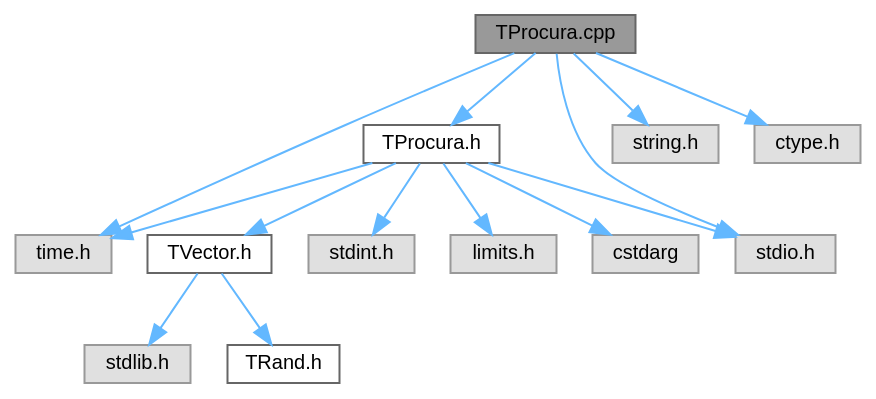
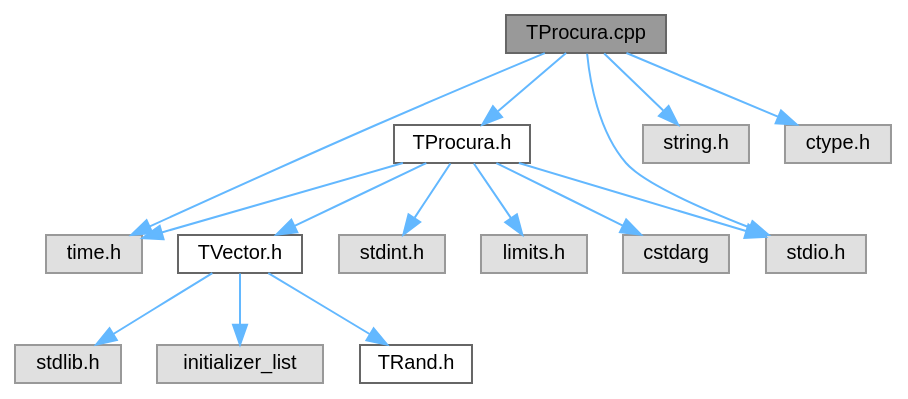
Before and after one commit to jcoelho72/TProcura: the diagram in TProcura_8cpp__incl.dot, drawn with Graphviz. The commit also changed 220 other files, not shown here.

```diff
--- a/TProcura_8cpp__incl.dot
+++ b/TProcura_8cpp__incl.dot
@@ -1,32 +1,34 @@
 digraph "TProcura.cpp"
 {
  // LATEX_PDF_SIZE
   bgcolor="transparent";
   edge [fontname=Helvetica,fontsize=10,labelfontname=Helvetica,labelfontsize=10];
   node [fontname=Helvetica,fontsize=10,shape=box,height=0.2,width=0.4];
   Node1 [id="Node000001",label="TProcura.cpp",height=0.2,width=0.4,color="gray40", fillcolor="grey60", style="filled", fontcolor="black",tooltip=" "];
-  Node1 -> Node2 [id="edge14_Node000001_Node000002",color="steelblue1",style="solid",tooltip=" "];
+  Node1 -> Node2 [id="edge15_Node000001_Node000002",color="steelblue1",style="solid",tooltip=" "];
   Node2 [id="Node000002",label="TProcura.h",height=0.2,width=0.4,color="grey40", fillcolor="white", style="filled",URL="$TProcura_8h.html",tooltip=" "];
-  Node2 -> Node3 [id="edge15_Node000002_Node000003",color="steelblue1",style="solid",tooltip=" "];
+  Node2 -> Node3 [id="edge16_Node000002_Node000003",color="steelblue1",style="solid",tooltip=" "];
   Node3 [id="Node000003",label="TVector.h",height=0.2,width=0.4,color="grey40", fillcolor="white", style="filled",URL="$TVector_8h.html",tooltip="Vetor dinâmico genérico com operações de pilha, conjuntos e algoritmos úteis."];
-  Node3 -> Node4 [id="edge16_Node000003_Node000004",color="steelblue1",style="solid",tooltip=" "];
+  Node3 -> Node4 [id="edge17_Node000003_Node000004",color="steelblue1",style="solid",tooltip=" "];
   Node4 [id="Node000004",label="stdlib.h",height=0.2,width=0.4,color="grey60", fillcolor="#E0E0E0", style="filled",tooltip=" "];
-  Node3 -> Node5 [id="edge17_Node000003_Node000005",color="steelblue1",style="solid",tooltip=" "];
-  Node5 [id="Node000005",label="TRand.h",height=0.2,width=0.4,color="grey40", fillcolor="white", style="filled",URL="$TRand_8h.html",tooltip="Interface para geração de números aleatórios independentes do sistema operativo."];
-  Node2 -> Node6 [id="edge18_Node000002_Node000006",color="steelblue1",style="solid",tooltip=" "];
-  Node6 [id="Node000006",label="time.h",height=0.2,width=0.4,color="grey60", fillcolor="#E0E0E0", style="filled",tooltip=" "];
-  Node2 -> Node7 [id="edge19_Node000002_Node000007",color="steelblue1",style="solid",tooltip=" "];
-  Node7 [id="Node000007",label="stdint.h",height=0.2,width=0.4,color="grey60", fillcolor="#E0E0E0", style="filled",tooltip=" "];
-  Node2 -> Node8 [id="edge20_Node000002_Node000008",color="steelblue1",style="solid",tooltip=" "];
-  Node8 [id="Node000008",label="limits.h",height=0.2,width=0.4,color="grey60", fillcolor="#E0E0E0", style="filled",tooltip=" "];
-  Node2 -> Node9 [id="edge21_Node000002_Node000009",color="steelblue1",style="solid",tooltip=" "];
-  Node9 [id="Node000009",label="stdio.h",height=0.2,width=0.4,color="grey60", fillcolor="#E0E0E0", style="filled",tooltip=" "];
-  Node2 -> Node10 [id="edge22_Node000002_Node000010",color="steelblue1",style="solid",tooltip=" "];
-  Node10 [id="Node000010",label="cstdarg",height=0.2,width=0.4,color="grey60", fillcolor="#E0E0E0", style="filled",tooltip=" "];
-  Node1 -> Node9 [id="edge23_Node000001_Node000009",color="steelblue1",style="solid",tooltip=" "];
-  Node1 -> Node6 [id="edge24_Node000001_Node000006",color="steelblue1",style="solid",tooltip=" "];
-  Node1 -> Node11 [id="edge25_Node000001_Node000011",color="steelblue1",style="solid",tooltip=" "];
-  Node11 [id="Node000011",label="string.h",height=0.2,width=0.4,color="grey60", fillcolor="#E0E0E0", style="filled",tooltip=" "];
-  Node1 -> Node12 [id="edge26_Node000001_Node000012",color="steelblue1",style="solid",tooltip=" "];
-  Node12 [id="Node000012",label="ctype.h",height=0.2,width=0.4,color="grey60", fillcolor="#E0E0E0", style="filled",tooltip=" "];
+  Node3 -> Node5 [id="edge18_Node000003_Node000005",color="steelblue1",style="solid",tooltip=" "];
+  Node5 [id="Node000005",label="initializer_list",height=0.2,width=0.4,color="grey60", fillcolor="#E0E0E0", style="filled",tooltip=" "];
+  Node3 -> Node6 [id="edge19_Node000003_Node000006",color="steelblue1",style="solid",tooltip=" "];
+  Node6 [id="Node000006",label="TRand.h",height=0.2,width=0.4,color="grey40", fillcolor="white", style="filled",URL="$TRand_8h.html",tooltip="Interface para geração de números aleatórios independentes do sistema operativo."];
+  Node2 -> Node7 [id="edge20_Node000002_Node000007",color="steelblue1",style="solid",tooltip=" "];
+  Node7 [id="Node000007",label="time.h",height=0.2,width=0.4,color="grey60", fillcolor="#E0E0E0", style="filled",tooltip=" "];
+  Node2 -> Node8 [id="edge21_Node000002_Node000008",color="steelblue1",style="solid",tooltip=" "];
+  Node8 [id="Node000008",label="stdint.h",height=0.2,width=0.4,color="grey60", fillcolor="#E0E0E0", style="filled",tooltip=" "];
+  Node2 -> Node9 [id="edge22_Node000002_Node000009",color="steelblue1",style="solid",tooltip=" "];
+  Node9 [id="Node000009",label="limits.h",height=0.2,width=0.4,color="grey60", fillcolor="#E0E0E0", style="filled",tooltip=" "];
+  Node2 -> Node10 [id="edge23_Node000002_Node000010",color="steelblue1",style="solid",tooltip=" "];
+  Node10 [id="Node000010",label="stdio.h",height=0.2,width=0.4,color="grey60", fillcolor="#E0E0E0", style="filled",tooltip=" "];
+  Node2 -> Node11 [id="edge24_Node000002_Node000011",color="steelblue1",style="solid",tooltip=" "];
+  Node11 [id="Node000011",label="cstdarg",height=0.2,width=0.4,color="grey60", fillcolor="#E0E0E0", style="filled",tooltip=" "];
+  Node1 -> Node10 [id="edge25_Node000001_Node000010",color="steelblue1",style="solid",tooltip=" "];
+  Node1 -> Node7 [id="edge26_Node000001_Node000007",color="steelblue1",style="solid",tooltip=" "];
+  Node1 -> Node12 [id="edge27_Node000001_Node000012",color="steelblue1",style="solid",tooltip=" "];
+  Node12 [id="Node000012",label="string.h",height=0.2,width=0.4,color="grey60", fillcolor="#E0E0E0", style="filled",tooltip=" "];
+  Node1 -> Node13 [id="edge28_Node000001_Node000013",color="steelblue1",style="solid",tooltip=" "];
+  Node13 [id="Node000013",label="ctype.h",height=0.2,width=0.4,color="grey60", fillcolor="#E0E0E0", style="filled",tooltip=" "];
 }
```
